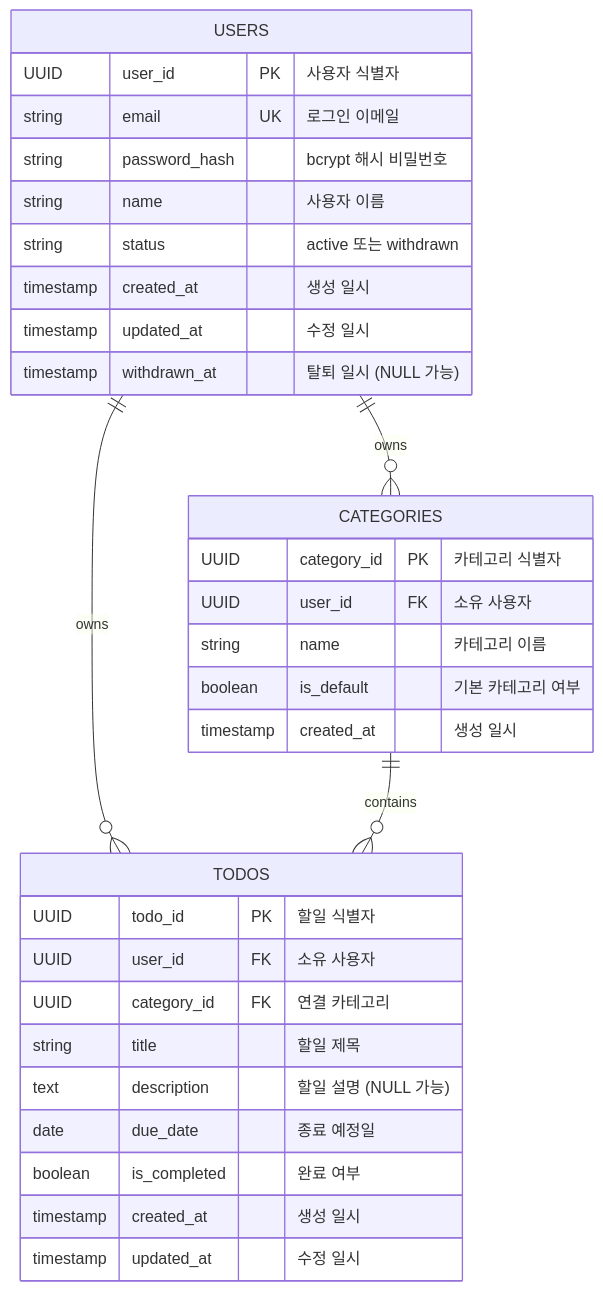
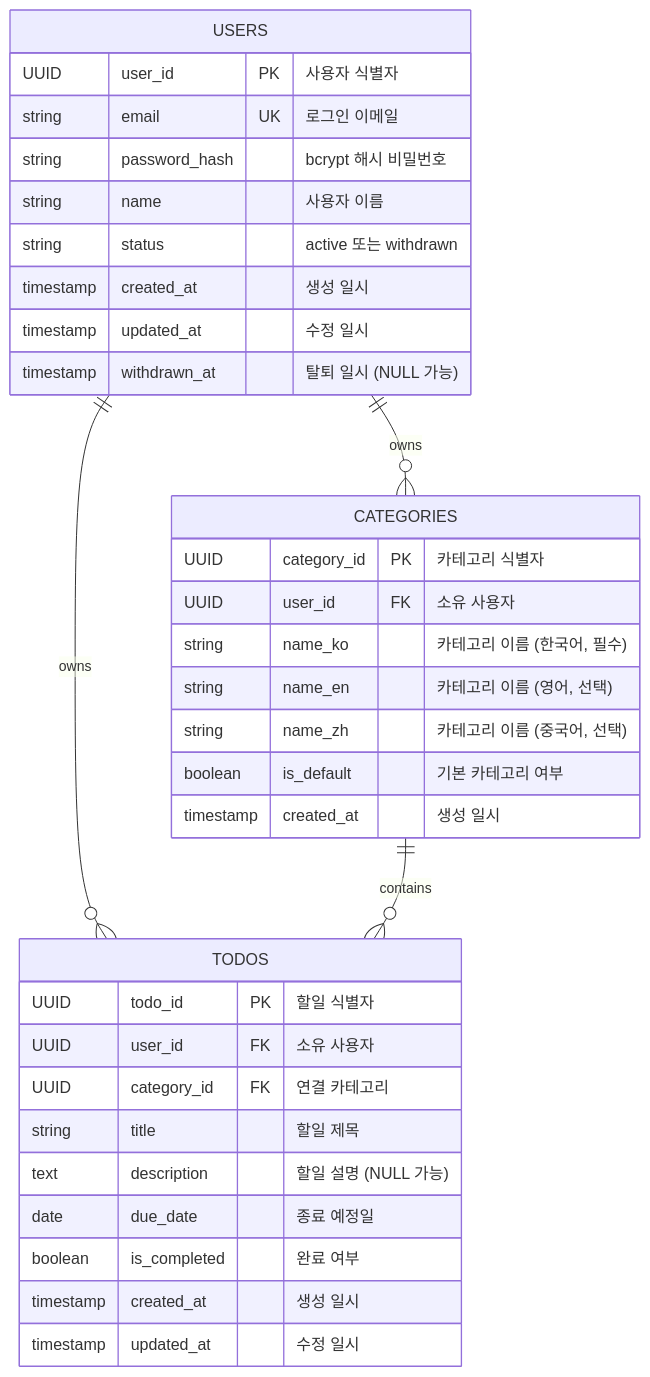
Before and after one commit to hyn7004-boop/todolist-app: the diagram in docs/8-erd.md, drawn with Mermaid. The commit also changed other lines of this file and 4 other files, not shown here.

````diff
--- a/docs/8-erd.md
+++ b/docs/8-erd.md
@@ -3,37 +3,39 @@
 ```mermaid
 erDiagram
     USERS ||--o{ CATEGORIES : owns
     USERS ||--o{ TODOS : owns
     CATEGORIES ||--o{ TODOS : contains
 
     USERS {
         UUID user_id PK "사용자 식별자"
         string email UK "로그인 이메일"
         string password_hash "bcrypt 해시 비밀번호"
         string name "사용자 이름"
         string status "active 또는 withdrawn"
         timestamp created_at "생성 일시"
         timestamp updated_at "수정 일시"
         timestamp withdrawn_at "탈퇴 일시 (NULL 가능)"
     }
 
     CATEGORIES {
         UUID category_id PK "카테고리 식별자"
         UUID user_id FK "소유 사용자"
-        string name "카테고리 이름"
+        string name_ko "카테고리 이름 (한국어, 필수)"
+        string name_en "카테고리 이름 (영어, 선택)"
+        string name_zh "카테고리 이름 (중국어, 선택)"
         boolean is_default "기본 카테고리 여부"
         timestamp created_at "생성 일시"
     }
 
     TODOS {
         UUID todo_id PK "할일 식별자"
         UUID user_id FK "소유 사용자"
         UUID category_id FK "연결 카테고리"
         string title "할일 제목"
         text description "할일 설명 (NULL 가능)"
         date due_date "종료 예정일"
         boolean is_completed "완료 여부"
         timestamp created_at "생성 일시"
         timestamp updated_at "수정 일시"
     }
 ```
````
